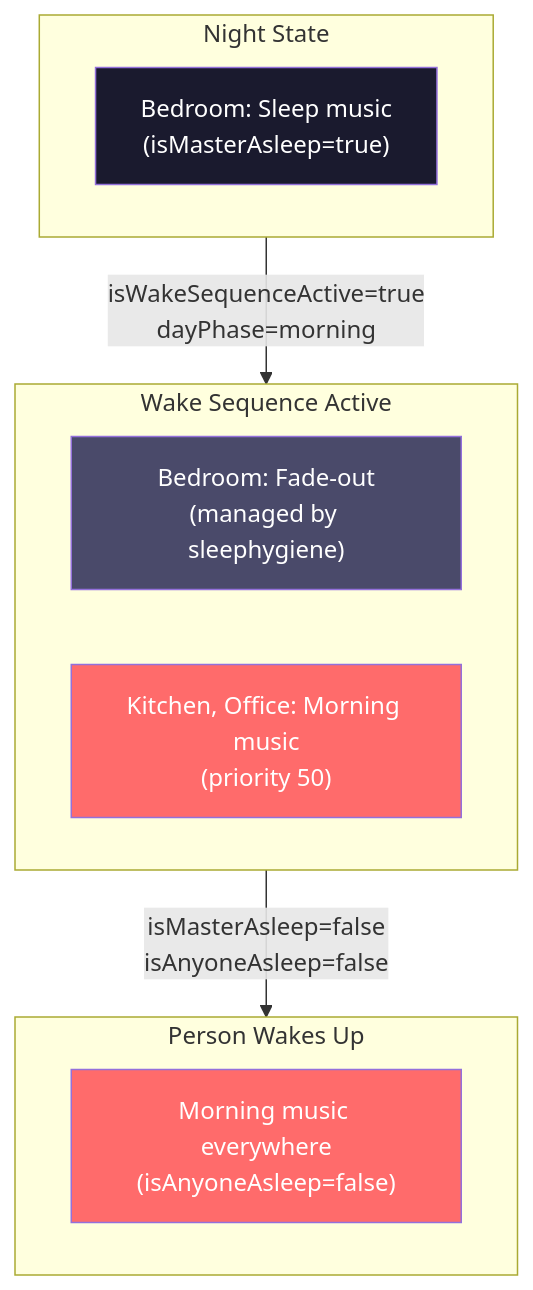
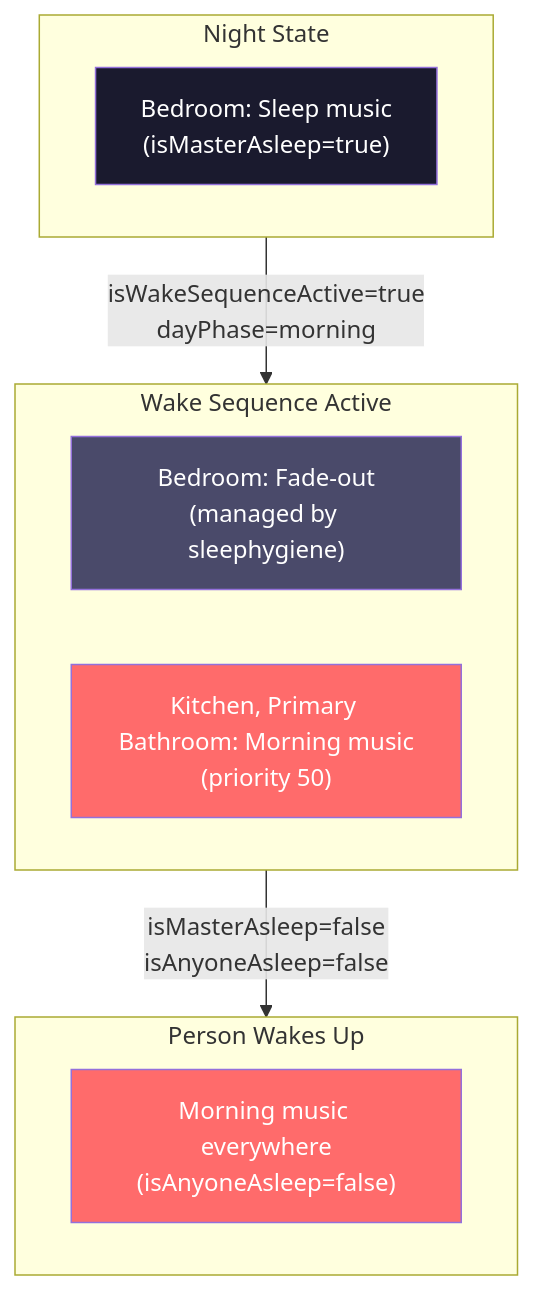
Before and after one commit to NickBorgers/home-automation: the seventh of 7 diagrams in docs/flows/DAY_PHASE_MODES.md, drawn with Mermaid. The commit also changed other lines of this file and 5 other files, not shown here.

First line of the commit message:
Rename Office speaker to Primary Bathroom in music config

````diff
--- a/docs/flows/DAY_PHASE_MODES.md
+++ b/docs/flows/DAY_PHASE_MODES.md
@@ -307,23 +307,23 @@
 ```mermaid
 flowchart TB
     subgraph Initial["Night State"]
         sleepBed["Bedroom: Sleep music<br/>(isMasterAsleep=true)"]
     end
 
     subgraph WakeSequence["Wake Sequence Active"]
         fadeBed["Bedroom: Fade-out<br/>(managed by sleephygiene)"]
-        morningRest["Kitchen, Office: Morning music<br/>(priority 50)"]
+        morningRest["Kitchen, Primary Bathroom: Morning music<br/>(priority 50)"]
     end
 
     subgraph FullyAwake["Person Wakes Up"]
         morningAll["Morning music everywhere<br/>(isAnyoneAsleep=false)"]
     end
 
     Initial -->|"isWakeSequenceActive=true<br/>dayPhase=morning"| WakeSequence
     WakeSequence -->|"isMasterAsleep=false<br/>isAnyoneAsleep=false"| FullyAwake
 
     style sleepBed fill:#1a1a2e,color:#fff
     style fadeBed fill:#4a4a6a,color:#fff
     style morningRest fill:#ff6b6b,color:#fff
     style morningAll fill:#ff6b6b,color:#fff
 ```
````
